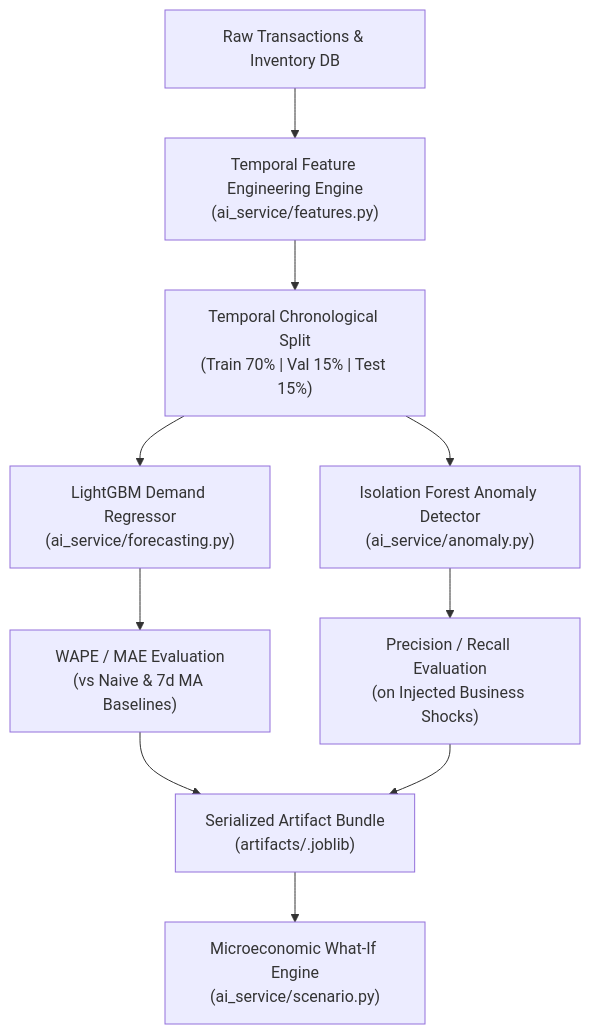
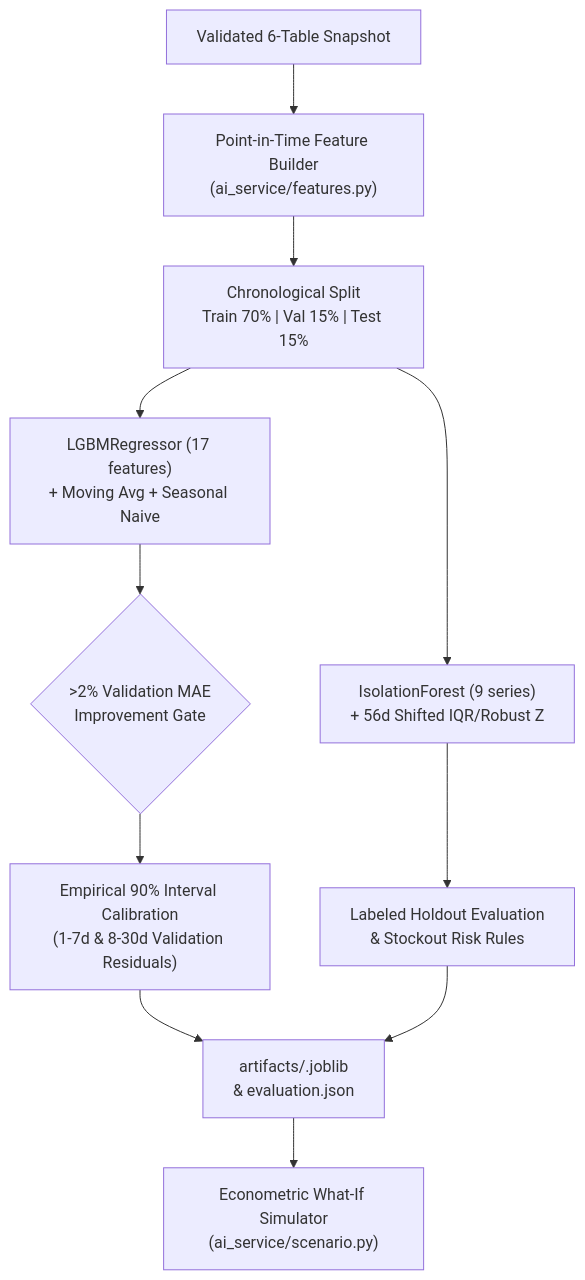
The diagram in docs/ml-training-and-data.md (NguyenTriBaoThang/DecisionPilotAI), drawn with Mermaid before and after one commit. The commit also changed other lines of this file and 62 other files, not shown here.

````diff
--- a/docs/ml-training-and-data.md
+++ b/docs/ml-training-and-data.md
@@ -13,16 +11,16 @@
 ```mermaid
 flowchart TD
-    Raw["Raw Transactions & Inventory DB"] --> FeatEng["Temporal Feature Engineering Engine<br/>(ai_service/features.py)"]
-    FeatEng --> Split["Temporal Chronological Split<br/>(Train 70% | Val 15% | Test 15%)"]
-    
-    Split --> Model1["LightGBM Demand Regressor<br/>(ai_service/forecasting.py)"]
-    Split --> Model2["Isolation Forest Anomaly Detector<br/>(ai_service/anomaly.py)"]
-    
-    Model1 --> Eval1["WAPE / MAE Evaluation<br/>(vs Naive & 7d MA Baselines)"]
-    Model2 --> Eval2["Precision / Recall Evaluation<br/>(on Injected Business Shocks)"]
-    
-    Eval1 --> Bundle["Serialized Artifact Bundle<br/>(artifacts/<dataset_id>.joblib)"]
-    Eval2 --> Bundle
-    
-    Bundle --> Simulator["Microeconomic What-If Engine<br/>(ai_service/scenario.py)"]
+    DB["Validated 6-Table Snapshot"] --> Feat["Point-in-Time Feature Builder<br/>(ai_service/features.py)"]
+    Feat --> Split["Chronological Split<br/>Train 70% | Val 15% | Test 15%"]
+
+    Split --> LGBM["LGBMRegressor (17 features)<br/>+ Moving Avg + Seasonal Naive"]
+    Split --> IF["IsolationForest (9 series)<br/>+ 56d Shifted IQR/Robust Z"]
+
+    LGBM --> Gate{">2% Validation MAE<br/>Improvement Gate"}
+    Gate --> Cal["Empirical 90% Interval Calibration<br/>(1-7d & 8-30d Validation Residuals)"]
+    IF --> EvalA["Labeled Holdout Evaluation<br/>& Stockout Risk Rules"]
+
+    Cal --> Bundle["artifacts/<dataset_id>.joblib<br/>& evaluation.json"]
+    EvalA --> Bundle
+    Bundle --> Sim["Econometric What-If Simulator<br/>(ai_service/scenario.py)"]
 ```
````
